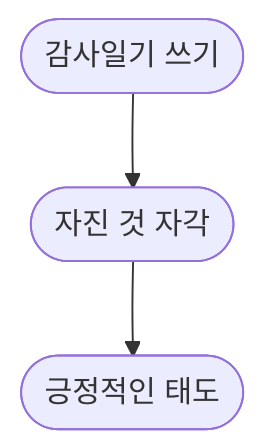
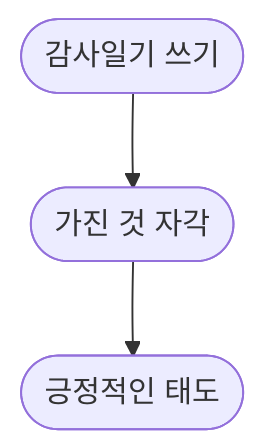
Before and after one commit to arch-spatula/TIL: the diagram in README.md, drawn with Mermaid. The commit also changed other lines of this file and 2 other files, not shown here.

````diff
--- a/README.md
+++ b/README.md
@@ -16,4 +16,4 @@
 ```mermaid
 flowchart TD
-    id1([감사일기 쓰기]) --> id2([자진 것 자각]) --> id3([긍정적인 태도])
+    id1([감사일기 쓰기]) --> id2([가진 것 자각]) --> id3([긍정적인 태도])
 ```
````
